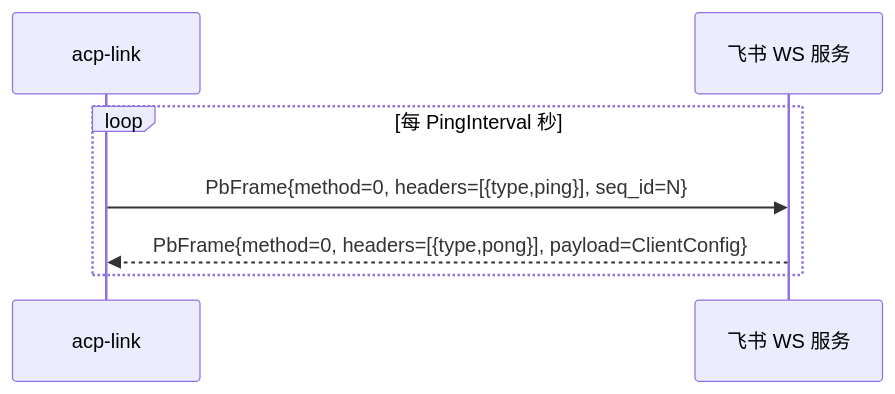
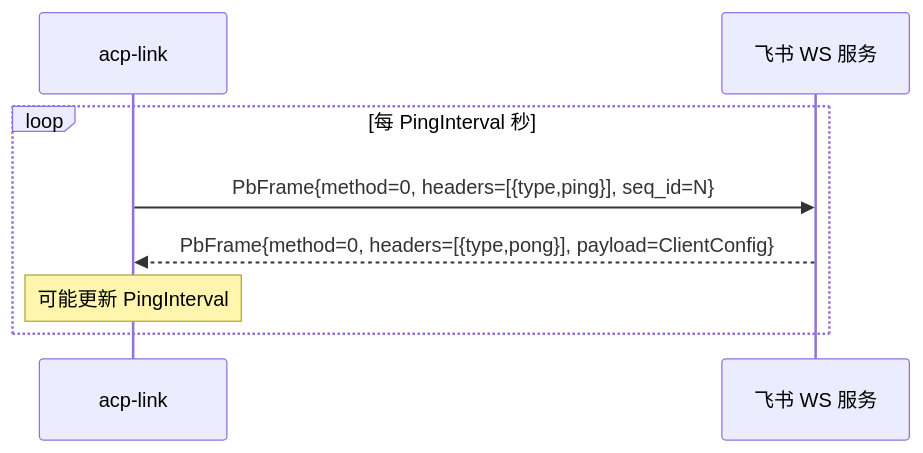
Before and after one commit to xufanglin/acp-link: the second of 3 diagrams in docs/feishu-protocol.md, drawn with Mermaid. The commit also changed other lines of this file and 15 other files, not shown here.

````diff
--- a/docs/feishu-protocol.md
+++ b/docs/feishu-protocol.md
@@ -76,10 +78,11 @@
 ```mermaid
 sequenceDiagram
     participant C as acp-link
     participant S as 飞书 WS 服务
 
     loop 每 PingInterval 秒
         C->>S: PbFrame{method=0, headers=[{type,ping}], seq_id=N}
         S-->>C: PbFrame{method=0, headers=[{type,pong}], payload=ClientConfig}
+        Note over C: 可能更新 PingInterval
     end
 ```
````
